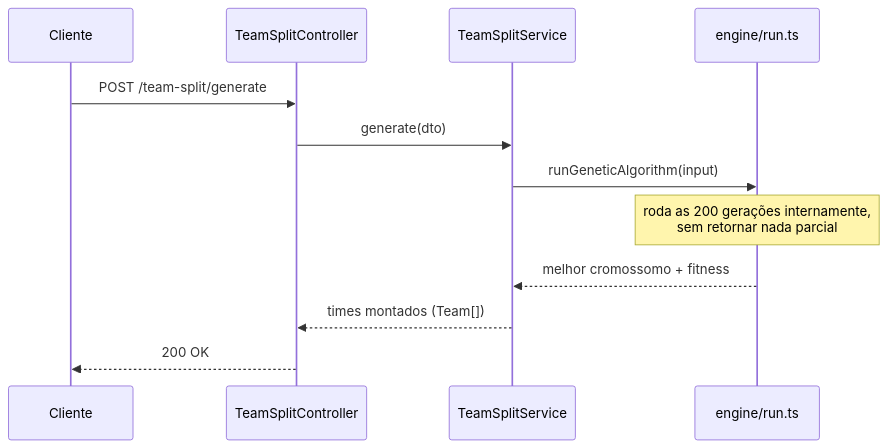
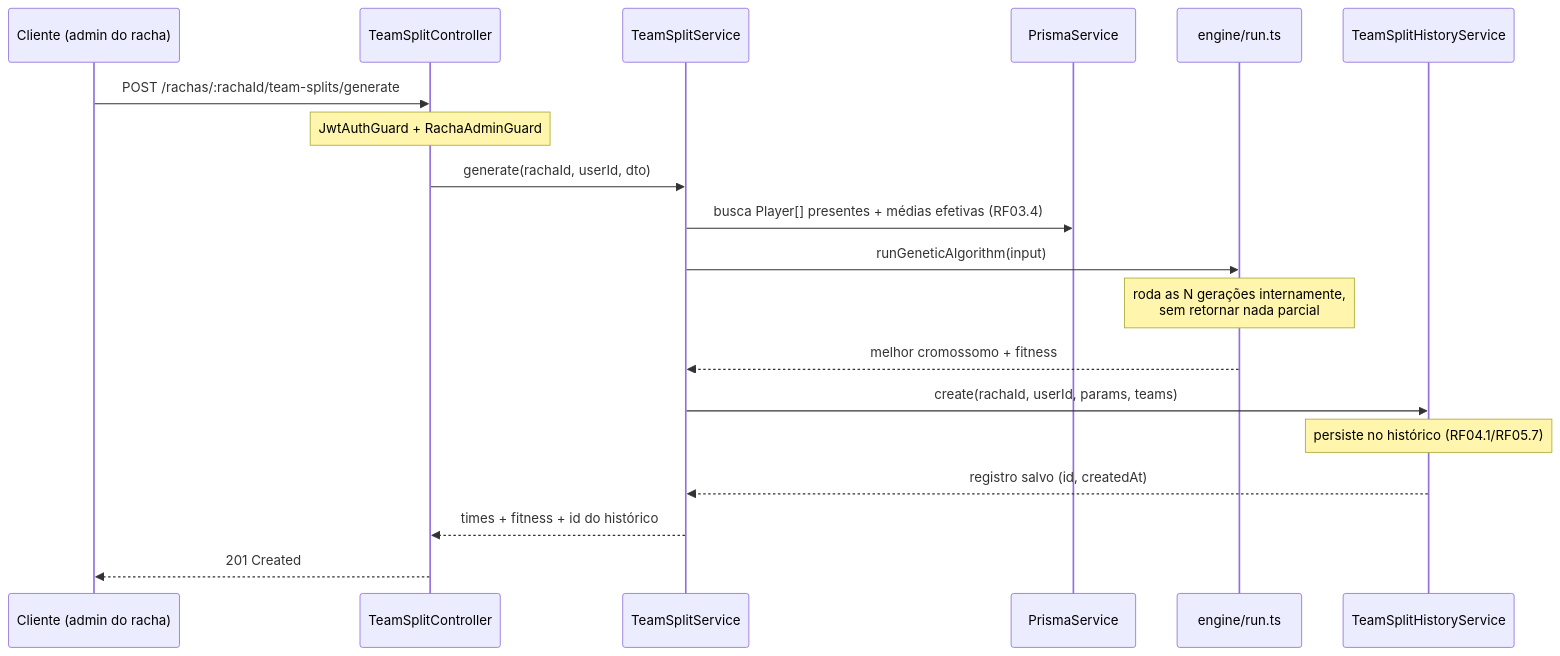
Before and after one commit to Eduardo-Lima-Dev/Metanol-Fc: the second of 2 diagrams in docs/arquitetura/divisao-times-algoritmo-genetico.md, drawn with Mermaid. The commit also changed other lines of this file and 7 other files, not shown here.

First line of the commit message:
feat(api)!: integra divisão de times a racha e histórico

````diff
--- a/docs/arquitetura/divisao-times-algoritmo-genetico.md
+++ b/docs/arquitetura/divisao-times-algoritmo-genetico.md
@@ -77,15 +84,22 @@
 ```mermaid
 sequenceDiagram
-    participant C as Cliente
+    participant C as Cliente (admin do racha)
     participant Ctrl as TeamSplitController
     participant Svc as TeamSplitService
+    participant DB as PrismaService
     participant Eng as engine/run.ts
+    participant Hist as TeamSplitHistoryService
 
-    C->>Ctrl: POST /team-split/generate
-    Ctrl->>Svc: generate(dto)
+    C->>Ctrl: POST /rachas/:rachaId/team-splits/generate
+    Note over Ctrl: JwtAuthGuard + RachaAdminGuard
+    Ctrl->>Svc: generate(rachaId, userId, dto)
+    Svc->>DB: busca Player[] presentes + médias efetivas (RF03.4)
     Svc->>Eng: runGeneticAlgorithm(input)
-    Note over Eng: roda as 200 gerações internamente,<br/>sem retornar nada parcial
+    Note over Eng: roda as N gerações internamente,<br/>sem retornar nada parcial
     Eng-->>Svc: melhor cromossomo + fitness
-    Svc-->>Ctrl: times montados (Team[])
-    Ctrl-->>C: 200 OK
+    Svc->>Hist: create(rachaId, userId, params, teams)
+    Note over Hist: persiste no histórico (RF04.1/RF05.7)
+    Hist-->>Svc: registro salvo (id, createdAt)
+    Svc-->>Ctrl: times + fitness + id do histórico
+    Ctrl-->>C: 201 Created
 ```
````
